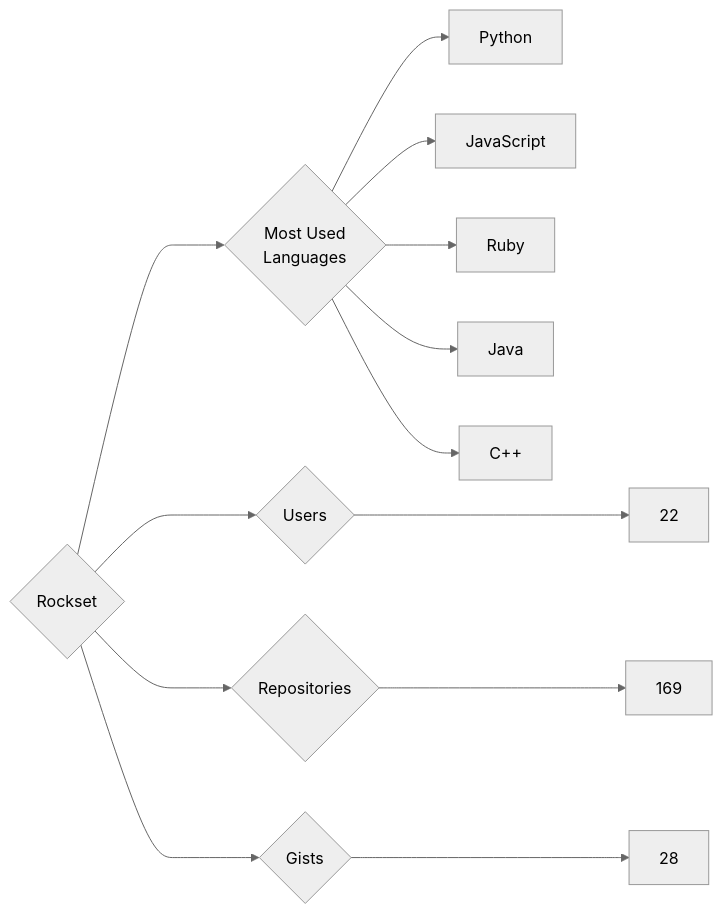
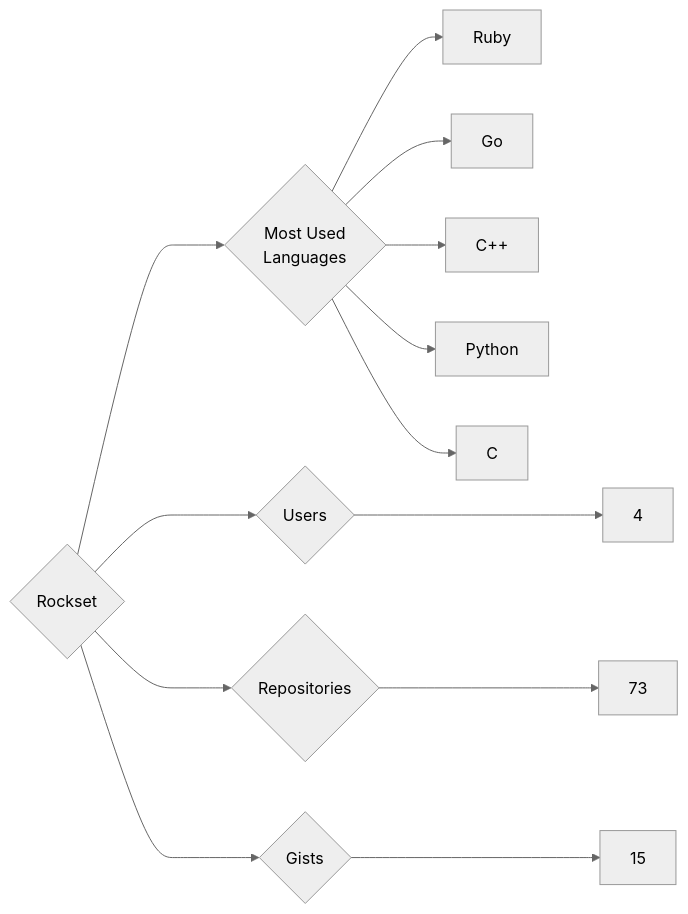
Before and after one commit to trickest/insiders: the diagram in targets/Rockset/README.md, drawn with Mermaid (neutral theme). The commit also changed 886 other files, not shown here.

````diff
--- a/targets/Rockset/README.md
+++ b/targets/Rockset/README.md
@@ -3,13 +3,13 @@
 ```mermaid
 graph LR
 COMPANY_NAME{Rockset}
-COMPANY_NAME ---> U{Users} ---> UN[22]
-COMPANY_NAME ---> R{Repositories} ---> RN[169]
-COMPANY_NAME ---> G{Gists} ---> GN[28]
+COMPANY_NAME ---> U{Users} ---> UN[4]
+COMPANY_NAME ---> R{Repositories} ---> RN[73]
+COMPANY_NAME ---> G{Gists} ---> GN[15]
 COMPANY_NAME ---> ML{Most Used<br>Languages}
+ML --> Ruby[Ruby]
+ML --> Go[Go]
+ML --> C++[C++]
 ML --> Python[Python]
-ML --> JavaScript[JavaScript]
-ML --> Ruby[Ruby]
-ML --> Java[Java]
-ML --> C++[C++]
+ML --> C[C]
 ```
````
